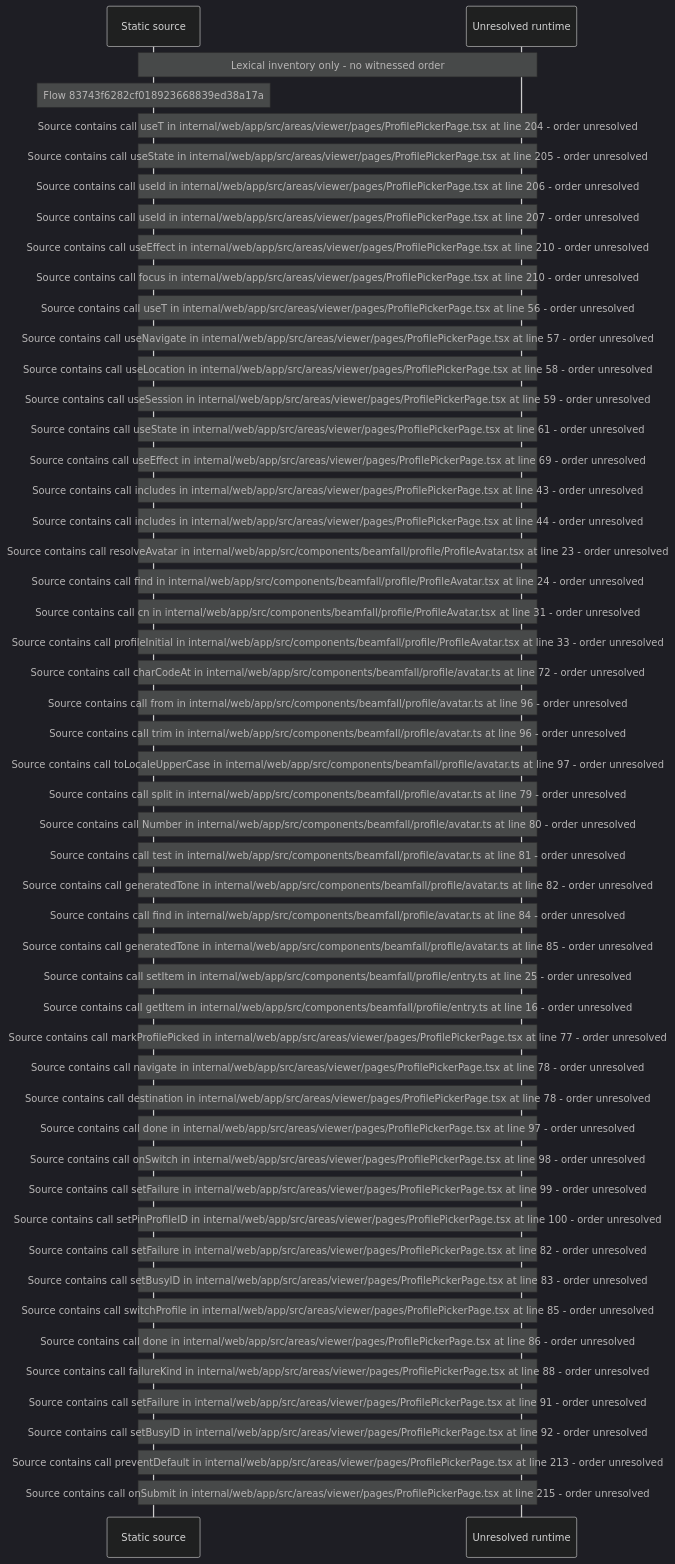
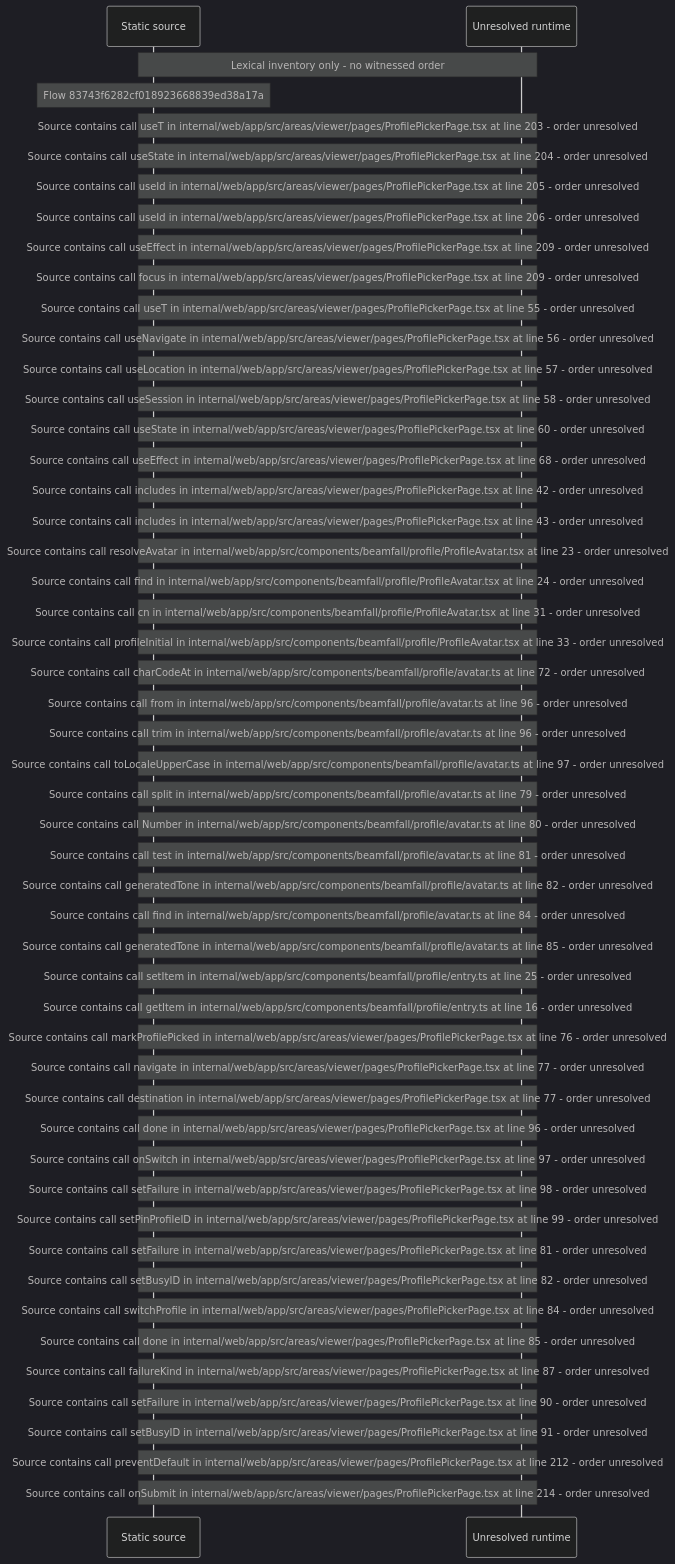
One commit to beamfall/core changed the diagram in docs/web/flows/generated/83743f6282cf018923668839ed38a17a/flow-diagram.md. Above: the diagram before and after it, drawn with Mermaid (dark theme). The commit also changed other lines of this file and 715 other files, not shown here.

First line of the commit message:
Regenerate the web flow record on main after CORE-1117

````diff
--- a/docs/web/flows/generated/83743f6282cf018923668839ed38a17a/flow-diagram.md
+++ b/docs/web/flows/generated/83743f6282cf018923668839ed38a17a/flow-diagram.md
@@ -10,53 +10,53 @@
 ```mermaid
 sequenceDiagram
     participant S as Static source
     participant U as Unresolved runtime
     Note over S,U: Lexical inventory only - no witnessed order
     Note over S: Flow 83743f6282cf018923668839ed38a17a
-    Note over S,U: Source contains call useT in internal/web/app/src/areas/viewer/pages/ProfilePickerPage.tsx at line 204 - order unresolved
-    Note over S,U: Source contains call useState in internal/web/app/src/areas/viewer/pages/ProfilePickerPage.tsx at line 205 - order unresolved
+    Note over S,U: Source contains call useT in internal/web/app/src/areas/viewer/pages/ProfilePickerPage.tsx at line 203 - order unresolved
+    Note over S,U: Source contains call useState in internal/web/app/src/areas/viewer/pages/ProfilePickerPage.tsx at line 204 - order unresolved
+    Note over S,U: Source contains call useId in internal/web/app/src/areas/viewer/pages/ProfilePickerPage.tsx at line 205 - order unresolved
     Note over S,U: Source contains call useId in internal/web/app/src/areas/viewer/pages/ProfilePickerPage.tsx at line 206 - order unresolved
-    Note over S,U: Source contains call useId in internal/web/app/src/areas/viewer/pages/ProfilePickerPage.tsx at line 207 - order unresolved
-    Note over S,U: Source contains call useEffect in internal/web/app/src/areas/viewer/pages/ProfilePickerPage.tsx at line 210 - order unresolved
-    Note over S,U: Source contains call focus in internal/web/app/src/areas/viewer/pages/ProfilePickerPage.tsx at line 210 - order unresolved
-    Note over S,U: Source contains call useT in internal/web/app/src/areas/viewer/pages/ProfilePickerPage.tsx at line 56 - order unresolved
-    Note over S,U: Source contains call useNavigate in internal/web/app/src/areas/viewer/pages/ProfilePickerPage.tsx at line 57 - order unresolved
-    Note over S,U: Source contains call useLocation in internal/web/app/src/areas/viewer/pages/ProfilePickerPage.tsx at line 58 - order unresolved
-    Note over S,U: Source contains call useSession in internal/web/app/src/areas/viewer/pages/ProfilePickerPage.tsx at line 59 - order unresolved
-    Note over S,U: Source contains call useState in internal/web/app/src/areas/viewer/pages/ProfilePickerPage.tsx at line 61 - order unresolved
-    Note over S,U: Source contains call useEffect in internal/web/app/src/areas/viewer/pages/ProfilePickerPage.tsx at line 69 - order unresolved
+    Note over S,U: Source contains call useEffect in internal/web/app/src/areas/viewer/pages/ProfilePickerPage.tsx at line 209 - order unresolved
+    Note over S,U: Source contains call focus in internal/web/app/src/areas/viewer/pages/ProfilePickerPage.tsx at line 209 - order unresolved
+    Note over S,U: Source contains call useT in internal/web/app/src/areas/viewer/pages/ProfilePickerPage.tsx at line 55 - order unresolved
+    Note over S,U: Source contains call useNavigate in internal/web/app/src/areas/viewer/pages/ProfilePickerPage.tsx at line 56 - order unresolved
+    Note over S,U: Source contains call useLocation in internal/web/app/src/areas/viewer/pages/ProfilePickerPage.tsx at line 57 - order unresolved
+    Note over S,U: Source contains call useSession in internal/web/app/src/areas/viewer/pages/ProfilePickerPage.tsx at line 58 - order unresolved
+    Note over S,U: Source contains call useState in internal/web/app/src/areas/viewer/pages/ProfilePickerPage.tsx at line 60 - order unresolved
+    Note over S,U: Source contains call useEffect in internal/web/app/src/areas/viewer/pages/ProfilePickerPage.tsx at line 68 - order unresolved
+    Note over S,U: Source contains call includes in internal/web/app/src/areas/viewer/pages/ProfilePickerPage.tsx at line 42 - order unresolved
     Note over S,U: Source contains call includes in internal/web/app/src/areas/viewer/pages/ProfilePickerPage.tsx at line 43 - order unresolved
-    Note over S,U: Source contains call includes in internal/web/app/src/areas/viewer/pages/ProfilePickerPage.tsx at line 44 - order unresolved
     Note over S,U: Source contains call resolveAvatar in internal/web/app/src/components/beamfall/profile/ProfileAvatar.tsx at line 23 - order unresolved
     Note over S,U: Source contains call find in internal/web/app/src/components/beamfall/profile/ProfileAvatar.tsx at line 24 - order unresolved
     Note over S,U: Source contains call cn in internal/web/app/src/components/beamfall/profile/ProfileAvatar.tsx at line 31 - order unresolved
     Note over S,U: Source contains call profileInitial in internal/web/app/src/components/beamfall/profile/ProfileAvatar.tsx at line 33 - order unresolved
     Note over S,U: Source contains call charCodeAt in internal/web/app/src/components/beamfall/profile/avatar.ts at line 72 - order unresolved
     Note over S,U: Source contains call from in internal/web/app/src/components/beamfall/profile/avatar.ts at line 96 - order unresolved
     Note over S,U: Source contains call trim in internal/web/app/src/components/beamfall/profile/avatar.ts at line 96 - order unresolved
     Note over S,U: Source contains call toLocaleUpperCase in internal/web/app/src/components/beamfall/profile/avatar.ts at line 97 - order unresolved
     Note over S,U: Source contains call split in internal/web/app/src/components/beamfall/profile/avatar.ts at line 79 - order unresolved
     Note over S,U: Source contains call Number in internal/web/app/src/components/beamfall/profile/avatar.ts at line 80 - order unresolved
     Note over S,U: Source contains call test in internal/web/app/src/components/beamfall/profile/avatar.ts at line 81 - order unresolved
     Note over S,U: Source contains call generatedTone in internal/web/app/src/components/beamfall/profile/avatar.ts at line 82 - order unresolved
     Note over S,U: Source contains call find in internal/web/app/src/components/beamfall/profile/avatar.ts at line 84 - order unresolved
     Note over S,U: Source contains call generatedTone in internal/web/app/src/components/beamfall/profile/avatar.ts at line 85 - order unresolved
     Note over S,U: Source contains call setItem in internal/web/app/src/components/beamfall/profile/entry.ts at line 25 - order unresolved
     Note over S,U: Source contains call getItem in internal/web/app/src/components/beamfall/profile/entry.ts at line 16 - order unresolved
-    Note over S,U: Source contains call markProfilePicked in internal/web/app/src/areas/viewer/pages/ProfilePickerPage.tsx at line 77 - order unresolved
-    Note over S,U: Source contains call navigate in internal/web/app/src/areas/viewer/pages/ProfilePickerPage.tsx at line 78 - order unresolved
-    Note over S,U: Source contains call destination in internal/web/app/src/areas/viewer/pages/ProfilePickerPage.tsx at line 78 - order unresolved
-    Note over S,U: Source contains call done in internal/web/app/src/areas/viewer/pages/ProfilePickerPage.tsx at line 97 - order unresolved
-    Note over S,U: Source contains call onSwitch in internal/web/app/src/areas/viewer/pages/ProfilePickerPage.tsx at line 98 - order unresolved
-    Note over S,U: Source contains call setFailure in internal/web/app/src/areas/viewer/pages/ProfilePickerPage.tsx at line 99 - order unresolved
-    Note over S,U: Source contains call setPinProfileID in internal/web/app/src/areas/viewer/pages/ProfilePickerPage.tsx at line 100 - order unresolved
-    Note over S,U: Source contains call setFailure in internal/web/app/src/areas/viewer/pages/ProfilePickerPage.tsx at line 82 - order unresolved
-    Note over S,U: Source contains call setBusyID in internal/web/app/src/areas/viewer/pages/ProfilePickerPage.tsx at line 83 - order unresolved
-    Note over S,U: Source contains call switchProfile in internal/web/app/src/areas/viewer/pages/ProfilePickerPage.tsx at line 85 - order unresolved
-    Note over S,U: Source contains call done in internal/web/app/src/areas/viewer/pages/ProfilePickerPage.tsx at line 86 - order unresolved
-    Note over S,U: Source contains call failureKind in internal/web/app/src/areas/viewer/pages/ProfilePickerPage.tsx at line 88 - order unresolved
-    Note over S,U: Source contains call setFailure in internal/web/app/src/areas/viewer/pages/ProfilePickerPage.tsx at line 91 - order unresolved
-    Note over S,U: Source contains call setBusyID in internal/web/app/src/areas/viewer/pages/ProfilePickerPage.tsx at line 92 - order unresolved
-    Note over S,U: Source contains call preventDefault in internal/web/app/src/areas/viewer/pages/ProfilePickerPage.tsx at line 213 - order unresolved
-    Note over S,U: Source contains call onSubmit in internal/web/app/src/areas/viewer/pages/ProfilePickerPage.tsx at line 215 - order unresolved
+    Note over S,U: Source contains call markProfilePicked in internal/web/app/src/areas/viewer/pages/ProfilePickerPage.tsx at line 76 - order unresolved
+    Note over S,U: Source contains call navigate in internal/web/app/src/areas/viewer/pages/ProfilePickerPage.tsx at line 77 - order unresolved
+    Note over S,U: Source contains call destination in internal/web/app/src/areas/viewer/pages/ProfilePickerPage.tsx at line 77 - order unresolved
+    Note over S,U: Source contains call done in internal/web/app/src/areas/viewer/pages/ProfilePickerPage.tsx at line 96 - order unresolved
+    Note over S,U: Source contains call onSwitch in internal/web/app/src/areas/viewer/pages/ProfilePickerPage.tsx at line 97 - order unresolved
+    Note over S,U: Source contains call setFailure in internal/web/app/src/areas/viewer/pages/ProfilePickerPage.tsx at line 98 - order unresolved
+    Note over S,U: Source contains call setPinProfileID in internal/web/app/src/areas/viewer/pages/ProfilePickerPage.tsx at line 99 - order unresolved
+    Note over S,U: Source contains call setFailure in internal/web/app/src/areas/viewer/pages/ProfilePickerPage.tsx at line 81 - order unresolved
+    Note over S,U: Source contains call setBusyID in internal/web/app/src/areas/viewer/pages/ProfilePickerPage.tsx at line 82 - order unresolved
+    Note over S,U: Source contains call switchProfile in internal/web/app/src/areas/viewer/pages/ProfilePickerPage.tsx at line 84 - order unresolved
+    Note over S,U: Source contains call done in internal/web/app/src/areas/viewer/pages/ProfilePickerPage.tsx at line 85 - order unresolved
+    Note over S,U: Source contains call failureKind in internal/web/app/src/areas/viewer/pages/ProfilePickerPage.tsx at line 87 - order unresolved
+    Note over S,U: Source contains call setFailure in internal/web/app/src/areas/viewer/pages/ProfilePickerPage.tsx at line 90 - order unresolved
+    Note over S,U: Source contains call setBusyID in internal/web/app/src/areas/viewer/pages/ProfilePickerPage.tsx at line 91 - order unresolved
+    Note over S,U: Source contains call preventDefault in internal/web/app/src/areas/viewer/pages/ProfilePickerPage.tsx at line 212 - order unresolved
+    Note over S,U: Source contains call onSubmit in internal/web/app/src/areas/viewer/pages/ProfilePickerPage.tsx at line 214 - order unresolved
 ```
````
